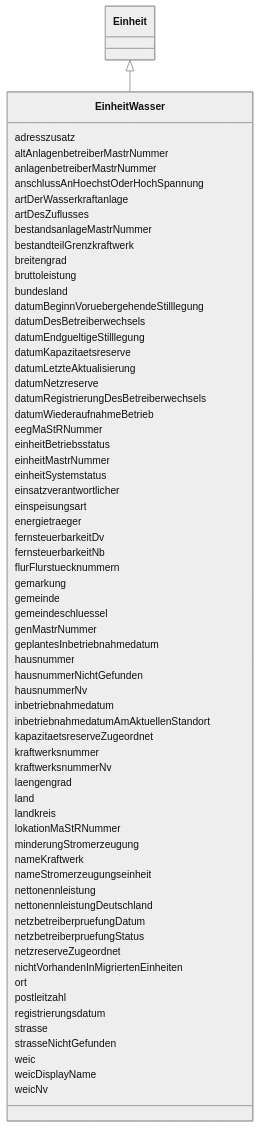
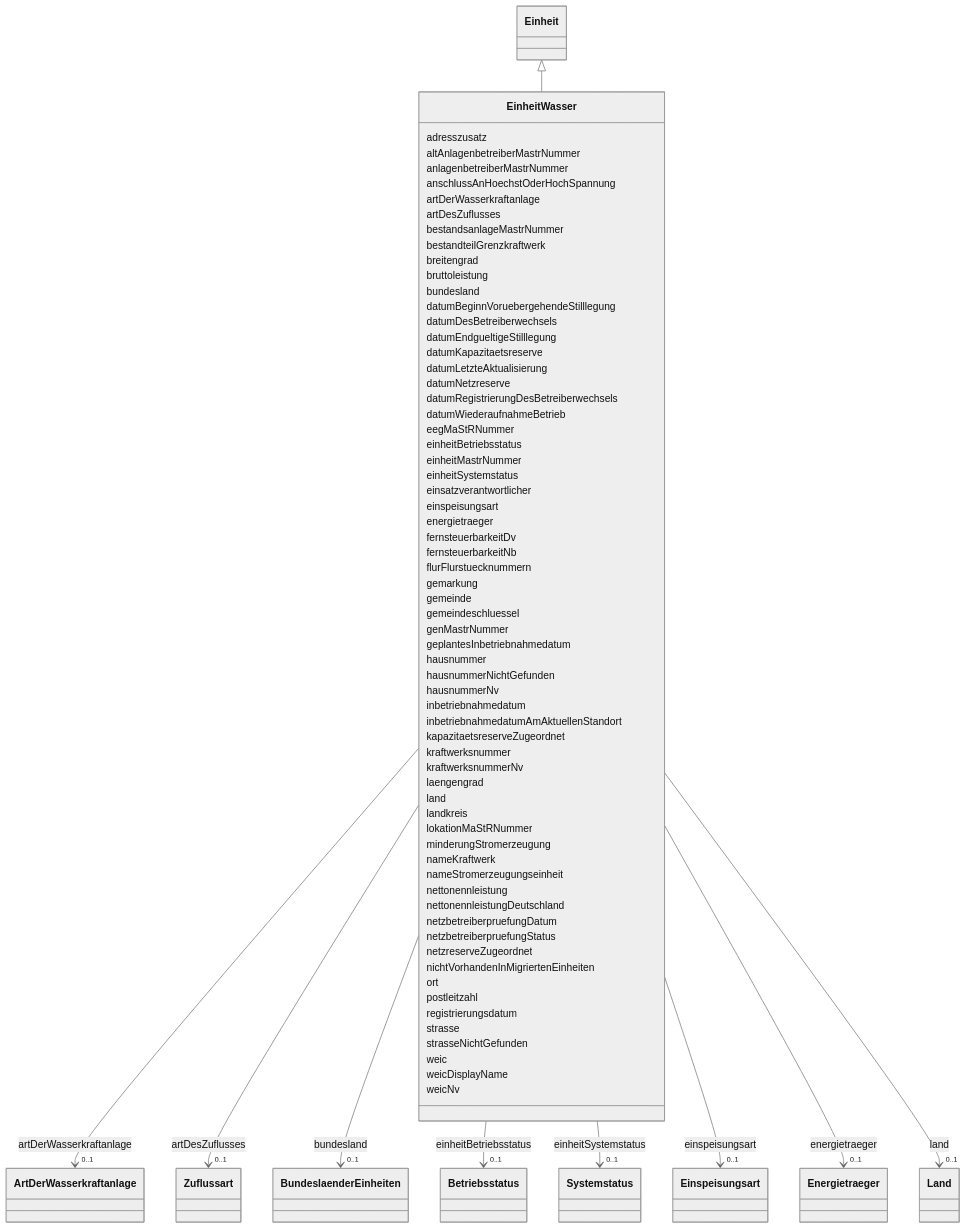
The diagram in docs/schema/classes/EinheitWasser.md (FlorianK13/mastr-model), drawn with Mermaid (neutral theme) before and after one commit. The commit also changed other lines of this file and 86 other files, not shown here.

```diff
--- a/docs/schema/classes/EinheitWasser.md
+++ b/docs/schema/classes/EinheitWasser.md
@@ -32,7 +32,25 @@
         
       EinheitWasser : artDerWasserkraftanlage
         
+          
+    
+        
+        
+        EinheitWasser --> "0..1" ArtDerWasserkraftanlage : artDerWasserkraftanlage
+        click ArtDerWasserkraftanlage href "../../enums/ArtDerWasserkraftanlage/"
+    
+
+        
       EinheitWasser : artDesZuflusses
+        
+          
+    
+        
+        
+        EinheitWasser --> "0..1" Zuflussart : artDesZuflusses
+        click Zuflussart href "../../enums/Zuflussart/"
+    
+
         
       EinheitWasser : bestandsanlageMastrNummer
         
@@ -43,6 +61,15 @@
       EinheitWasser : bruttoleistung
         
       EinheitWasser : bundesland
+        
+          
+    
+        
+        
+        EinheitWasser --> "0..1" BundeslaenderEinheiten : bundesland
+        click BundeslaenderEinheiten href "../../enums/BundeslaenderEinheiten/"
+    
+
         
       EinheitWasser : datumBeginnVoruebergehendeStilllegung
         
@@ -64,15 +91,51 @@
         
       EinheitWasser : einheitBetriebsstatus
         
+          
+    
+        
+        
+        EinheitWasser --> "0..1" Betriebsstatus : einheitBetriebsstatus
+        click Betriebsstatus href "../../enums/Betriebsstatus/"
+    
+
+        
       EinheitWasser : einheitMastrNummer
         
       EinheitWasser : einheitSystemstatus
+        
+          
+    
+        
+        
+        EinheitWasser --> "0..1" Systemstatus : einheitSystemstatus
+        click Systemstatus href "../../enums/Systemstatus/"
+    
+
         
       EinheitWasser : einsatzverantwortlicher
         
       EinheitWasser : einspeisungsart
         
+          
+    
+        
+        
+        EinheitWasser --> "0..1" Einspeisungsart : einspeisungsart
+        click Einspeisungsart href "../../enums/Einspeisungsart/"
+    
+
+        
       EinheitWasser : energietraeger
+        
+          
+    
+        
+        
+        EinheitWasser --> "0..1" Energietraeger : energietraeger
+        click Energietraeger href "../../enums/Energietraeger/"
+    
+
         
       EinheitWasser : fernsteuerbarkeitDv
         
@@ -109,6 +172,15 @@
       EinheitWasser : laengengrad
         
       EinheitWasser : land
+        
+          
+    
+        
+        
+        EinheitWasser --> "0..1" Land : land
+        click Land href "../../enums/Land/"
+    
+
         
       EinheitWasser : landkreis
         
```
